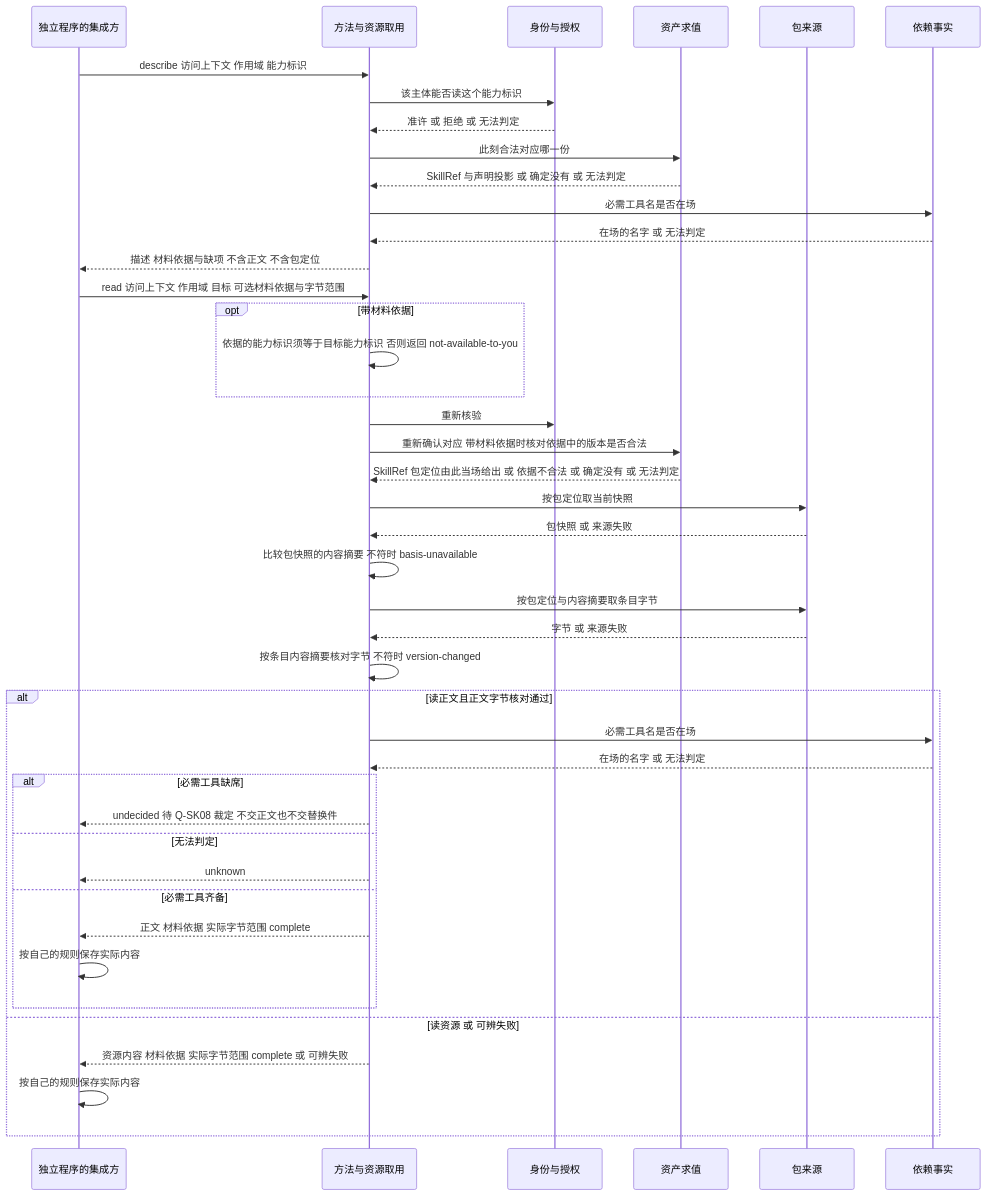
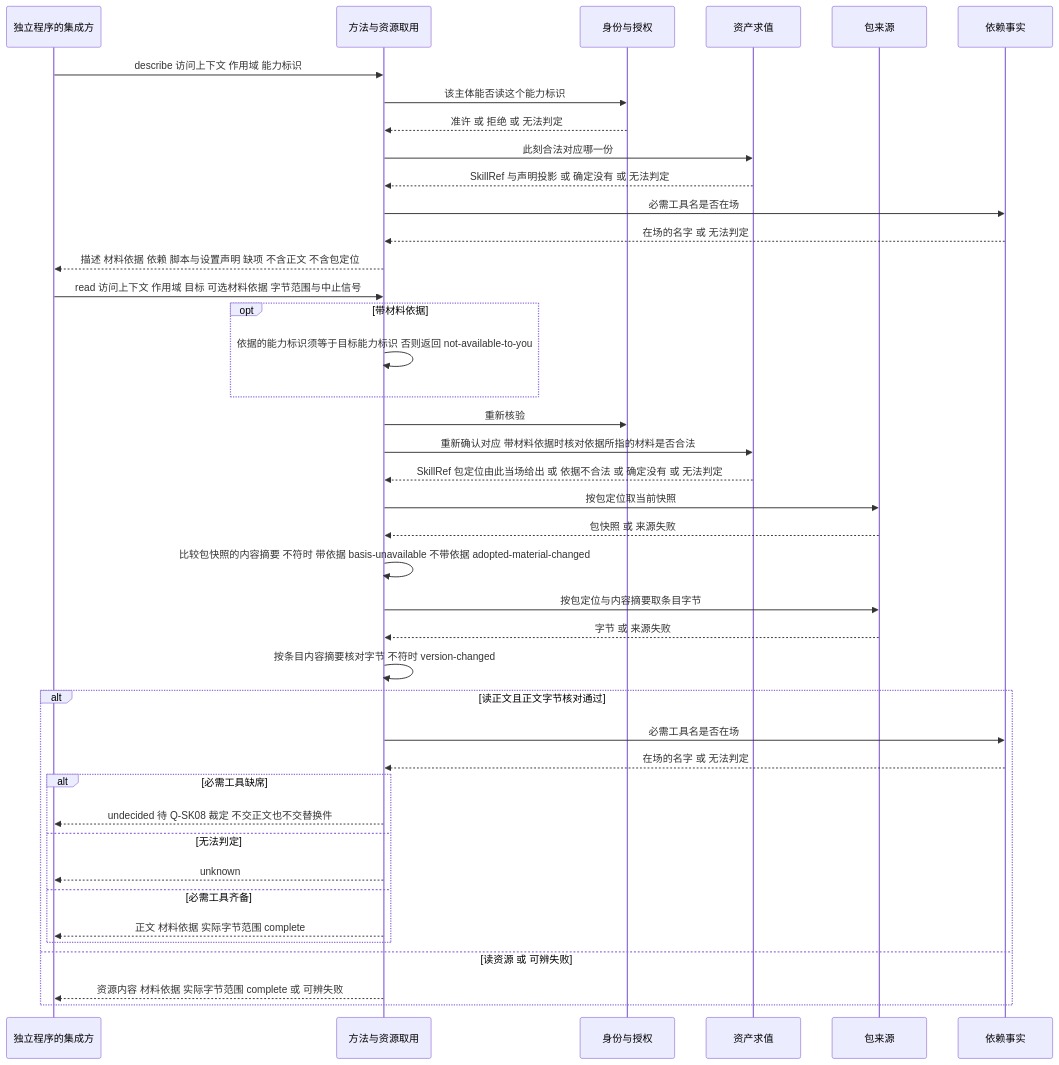
The second of 4 diagrams in docs/domains/skills/key-flows.md (nemori-ai/omne-harness-lite), drawn with Mermaid before and after one commit. The commit also changed other lines of this file and 5 other files, not shown here.

````diff
--- a/docs/domains/skills/key-flows.md
+++ b/docs/domains/skills/key-flows.md
@@ -47,45 +43,43 @@
 ```mermaid
 sequenceDiagram
   participant P as 独立程序的集成方
   participant A as 方法与资源取用
   participant I as 身份与授权
   participant R as 资产求值
   participant S as 包来源
   participant F as 依赖事实
   P->>A: describe 访问上下文 作用域 能力标识
   A->>I: 该主体能否读这个能力标识
   I-->>A: 准许 或 拒绝 或 无法判定
   A->>R: 此刻合法对应哪一份
   R-->>A: SkillRef 与声明投影 或 确定没有 或 无法判定
   A->>F: 必需工具名是否在场
   F-->>A: 在场的名字 或 无法判定
-  A-->>P: 描述 材料依据与缺项 不含正文 不含包定位
-  P->>A: read 访问上下文 作用域 目标 可选材料依据与字节范围
+  A-->>P: 描述 材料依据 依赖 脚本与设置声明 缺项 不含正文 不含包定位
+  P->>A: read 访问上下文 作用域 目标 可选材料依据 字节范围与中止信号
   opt 带材料依据
     A->>A: 依据的能力标识须等于目标能力标识 否则返回 not-available-to-you
   end
   A->>I: 重新核验
-  A->>R: 重新确认对应 带材料依据时核对依据中的版本是否合法
+  A->>R: 重新确认对应 带材料依据时核对依据所指的材料是否合法
   R-->>A: SkillRef 包定位由此当场给出 或 依据不合法 或 确定没有 或 无法判定
   A->>S: 按包定位取当前快照
   S-->>A: 包快照 或 来源失败
-  A->>A: 比较包快照的内容摘要 不符时 basis-unavailable
+  A->>A: 比较包快照的内容摘要 不符时 带依据 basis-unavailable 不带依据 adopted-material-changed
   A->>S: 按包定位与内容摘要取条目字节
   S-->>A: 字节 或 来源失败
   A->>A: 按条目内容摘要核对字节 不符时 version-changed
   alt 读正文且正文字节核对通过
     A->>F: 必需工具名是否在场
     F-->>A: 在场的名字 或 无法判定
     alt 必需工具缺席
       A-->>P: undecided 待 Q-SK08 裁定 不交正文也不交替换件
     else 无法判定
       A-->>P: unknown
     else 必需工具齐备
       A-->>P: 正文 材料依据 实际字节范围 complete
-      P->>P: 按自己的规则保存实际内容
     end
   else 读资源 或 可辨失败
     A-->>P: 资源内容 材料依据 实际字节范围 complete 或 可辨失败
-    P->>P: 按自己的规则保存实际内容
   end
 ```
````
